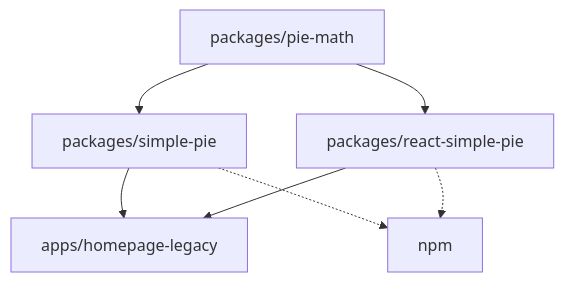
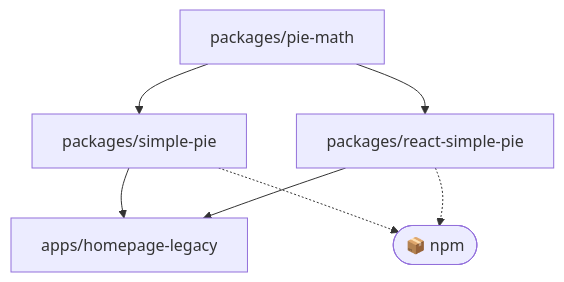
The diagram in docs/monorepo.md (serjilyashenko/simple-pie-project), drawn with Mermaid before and after one commit. The commit also changed other lines of this file and 15 other files, not shown here.

````diff
--- a/docs/monorepo.md
+++ b/docs/monorepo.md
@@ -33,9 +34,9 @@
 ```mermaid
 flowchart TD
-  PM[packages/pie-math] --> SP[packages/simple-pie]
-  PM[packages/pie-math] --> RSP[packages/react-simple-pie]
-  SP --> HL[apps/homepage-legacy]
+  PM[packages/pie-math] --> SP
+  PM --> RSP[packages/react-simple-pie]
+  SP[packages/simple-pie] --> HL[apps/homepage-legacy]
   RSP --> HL
-  SP -.-> NPM[npm]
+  SP -.-> NPM([📦 npm])
   RSP -.-> NPM
 ```
````
